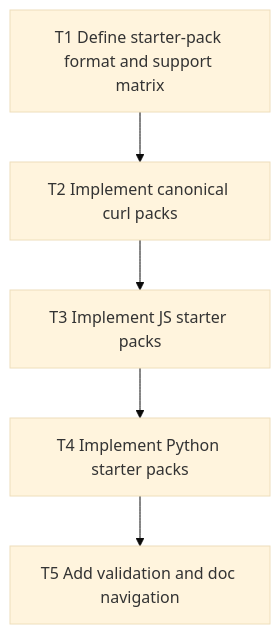
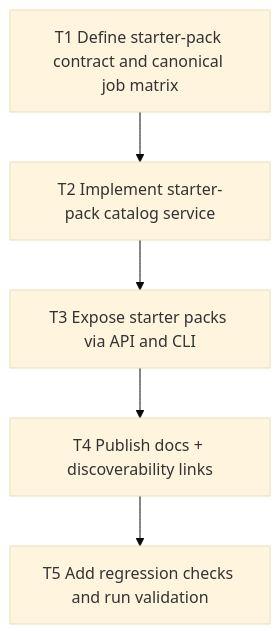
One commit to klick/agents changed the diagram in .plans/V09_S4_integration_starter_packs.md. Above: the diagram before and after it, drawn with Mermaid (base theme). The commit also changed other lines of this file and 12 other files, not shown here.

Commit message:
feat(starter-packs): add API/CLI starter packs and docs-first discoverability

````diff
--- a/.plans/V09_S4_integration_starter_packs.md
+++ b/.plans/V09_S4_integration_starter_packs.md
@@ -12,13 +12,13 @@
 ```mermaid
 graph TD
-  T1[T1 Define starter-pack format and support matrix]
-  T2[T2 Implement canonical curl packs]
-  T3[T3 Implement JS starter packs]
-  T4[T4 Implement Python starter packs]
-  T5[T5 Add validation and doc navigation]
+  T1[T1 Define starter-pack contract and canonical job matrix]
+  T2[T2 Implement starter-pack catalog service]
+  T3[T3 Expose starter packs via API and CLI]
+  T4[T4 Publish docs + discoverability links]
+  T5[T5 Add regression checks and run validation]
 
   T1 --> T2
   T2 --> T3
   T3 --> T4
   T4 --> T5
 ```
````
